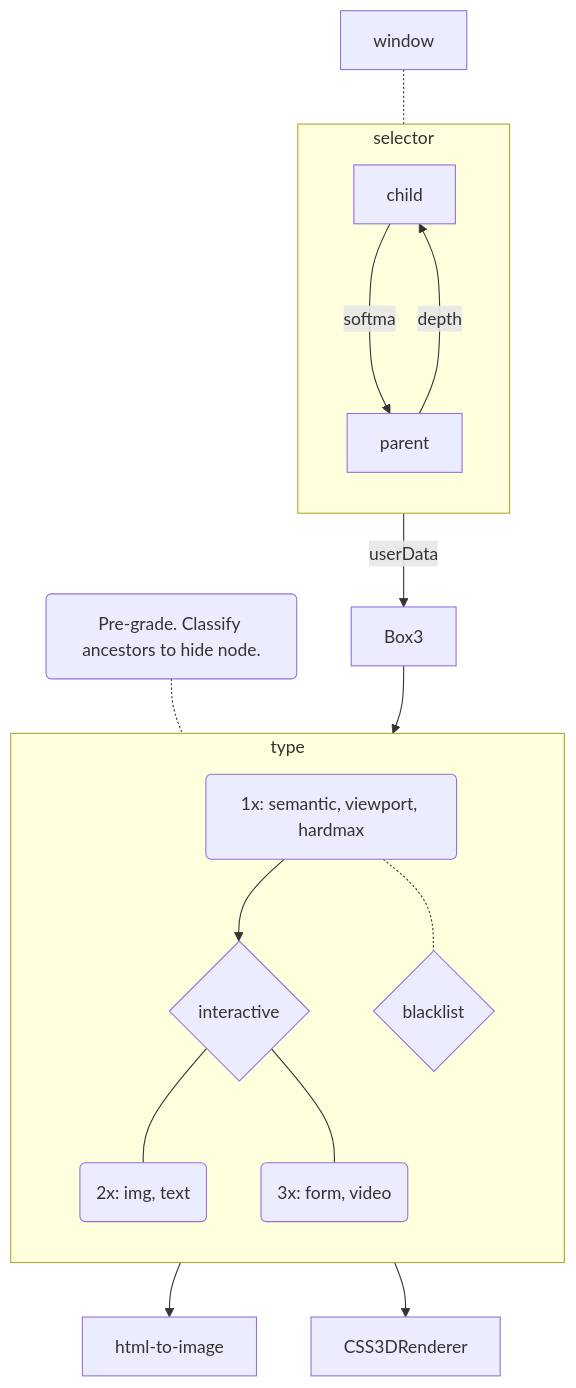
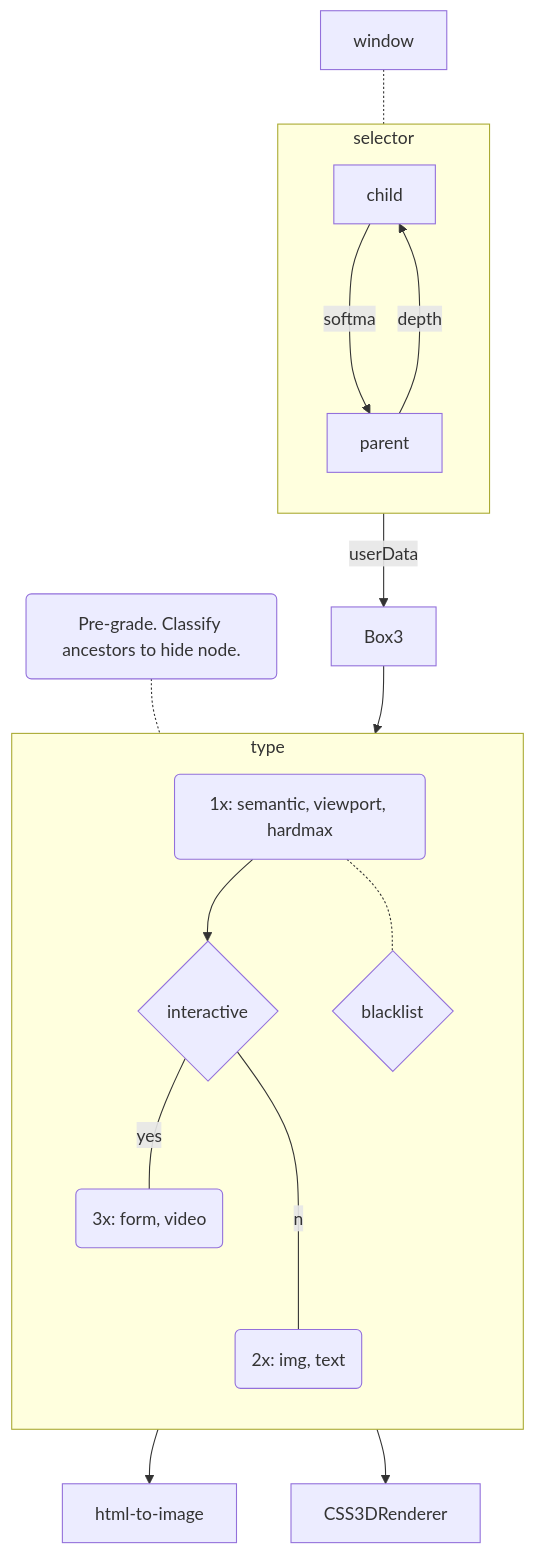
Before and after one commit to KurtPachinger/mpos-precept: the diagram in README.md, drawn with Mermaid.

````diff
--- a/README.md
+++ b/README.md
@@ -5,33 +5,33 @@
 ```mermaid
 flowchart TB
 
 window-.-selector
 subgraph selector
  direction TB
  child--softmax-->parent
  parent--depth-->child
 end
 
 
 grade("Pre-grade. Classify ancestors to hide node.")
   
 
 grade-.-b
 selector--userData-->Box3-->a
 
 
 
 subgraph type
   direction TB
 
   a("1x: semantic, viewport, hardmax")
   a-.-tag{blacklist}
   a-->b{interactive}
-  b---poster("2x: img, text")
-  b---native("3x: form, video")
+  b--no---poster("2x: img, text")
+  b--yes---native("3x: form, video")
 
 end
 
 poster-->html-to-image
 native-->CSS3DRenderer
 ```
````
